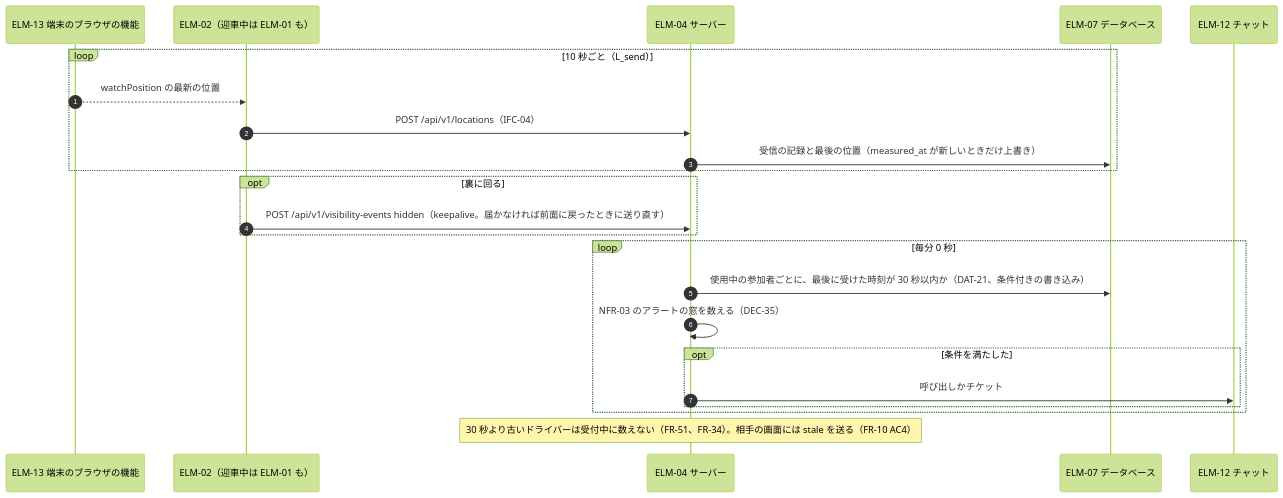
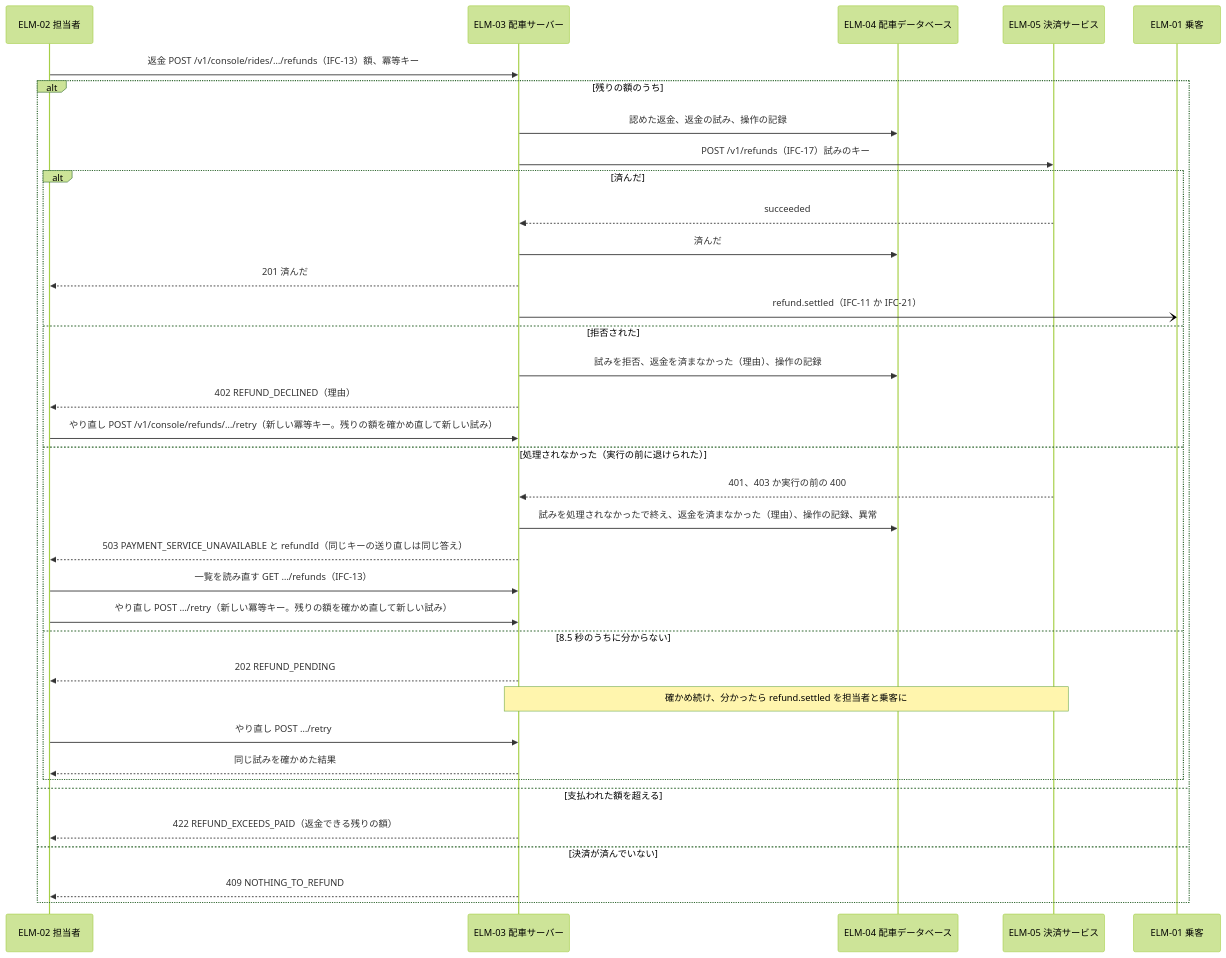
One commit to Taro000/chain-summary-html changed diagram 20 of 58 in skills/design-summary-html/evals/ride-hailing-full/files/docs/design/3-high-level-design.md. Above: the diagram before and after it, drawn with Mermaid (forest theme). The commit also changed other lines of this file and 1073 other files, not shown here.

````diff
--- a/skills/design-summary-html/evals/ride-hailing-full/files/docs/design/3-high-level-design.md
+++ b/skills/design-summary-html/evals/ride-hailing-full/files/docs/design/3-high-level-design.md
@@ -1284,25 +834,38 @@
 ```mermaid
 sequenceDiagram
-  autonumber
-  participant BC as ELM-13 端末のブラウザの機能
-  participant APP as ELM-02（迎車中は ELM-01 も）
-  participant SRV as ELM-04 サーバー
-  participant DB as ELM-07 データベース
-  participant CHAT as ELM-12 チャット
-  loop 10 秒ごと（L_send）
-    BC-->>APP: watchPosition の最新の位置
-    APP->>SRV: POST /api/v1/locations（IFC-04）
-    SRV->>DB: 受信の記録と最後の位置（measured_at が新しいときだけ上書き）
+  participant O as ELM-02 担当者
+  participant S as ELM-03 配車サーバー
+  participant DB as ELM-04 配車データベース
+  participant PAY as ELM-05 決済サービス
+  participant P as ELM-01 乗客
+  O->>S: 返金 POST /v1/console/rides/…/refunds（IFC-13）額、冪等キー
+  alt 残りの額のうち
+    S->>DB: 認めた返金、返金の試み、操作の記録
+    S->>PAY: POST /v1/refunds（IFC-17）試みのキー
+    alt 済んだ
+      PAY-->>S: succeeded
+      S->>DB: 済んだ
+      S-->>O: 201 済んだ
+      S-)P: refund.settled（IFC-11 か IFC-21）
+    else 拒否された
+      S->>DB: 試みを拒否、返金を済まなかった（理由）、操作の記録
+      S-->>O: 402 REFUND_DECLINED（理由）
+      O->>S: やり直し POST /v1/console/refunds/…/retry（新しい冪等キー。残りの額を確かめ直して新しい試み）
+    else 処理されなかった（実行の前に退けられた）
+      PAY-->>S: 401、403 か実行の前の 400
+      S->>DB: 試みを処理されなかったで終え、返金を済まなかった（理由）、操作の記録、異常
+      S-->>O: 503 PAYMENT_SERVICE_UNAVAILABLE と refundId（同じキーの送り直しは同じ答え）
+      O->>S: 一覧を読み直す GET …/refunds（IFC-13）
+      O->>S: やり直し POST …/retry（新しい冪等キー。残りの額を確かめ直して新しい試み）
+    else 8.5 秒のうちに分からない
+      S-->>O: 202 REFUND_PENDING
+      Note over S,PAY: 確かめ続け、分かったら refund.settled を担当者と乗客に
+      O->>S: やり直し POST …/retry
+      S-->>O: 同じ試みを確かめた結果
+    end
+  else 支払われた額を超える
+    S-->>O: 422 REFUND_EXCEEDS_PAID（返金できる残りの額）
+  else 決済が済んでいない
+    S-->>O: 409 NOTHING_TO_REFUND
   end
-  opt 裏に回る
-    APP->>SRV: POST /api/v1/visibility-events hidden（keepalive。届かなければ前面に戻ったときに送り直す）
-  end
-  loop 毎分 0 秒
-    SRV->>DB: 使用中の参加者ごとに、最後に受けた時刻が 30 秒以内か（DAT-21、条件付きの書き込み）
-    SRV->>SRV: NFR-03 のアラートの窓を数える（DEC-35）
-    opt 条件を満たした
-      SRV->>CHAT: 呼び出しかチケット
-    end
-  end
-  Note over SRV: 30 秒より古いドライバーは受付中に数えない（FR-51、FR-34）。相手の画面には stale を送る（FR-10 AC4）
 ```
````
